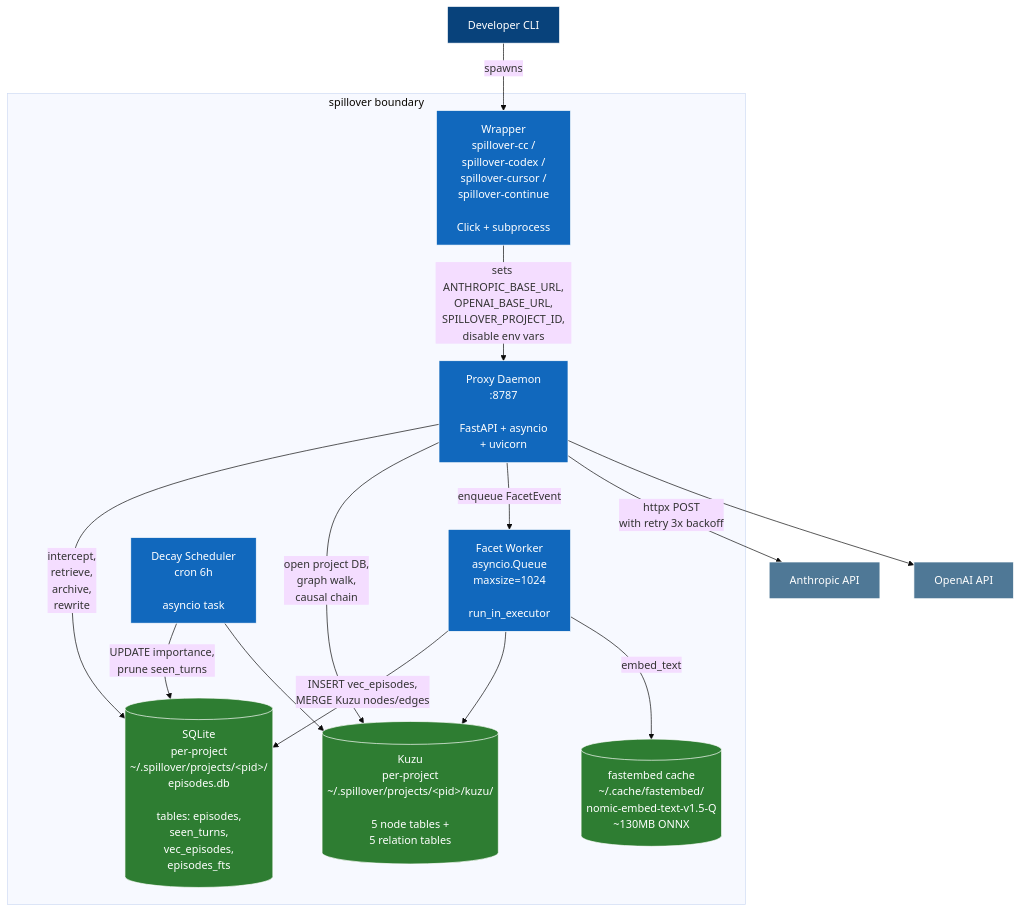
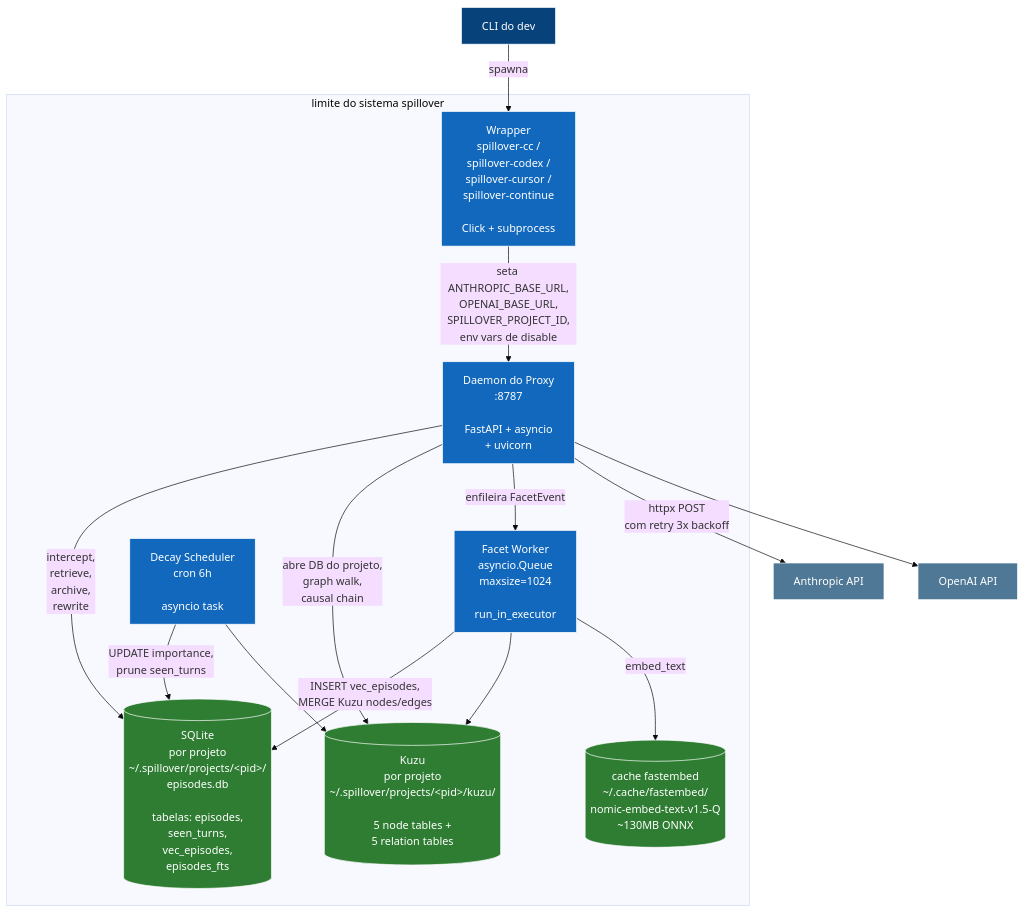
The diagram in docs/architecture/02-container.md (Luizhcrs/spillover), drawn with Mermaid (base theme) before and after one commit. The commit also changed other lines of this file and 12 other files, not shown here.

Commit message:
docs(architecture): traduzir 13 docs pra PT-BR

````diff
--- a/docs/architecture/02-container.md
+++ b/docs/architecture/02-container.md
@@ -5,38 +5,38 @@
 ```mermaid
 graph TB
     classDef external fill:#4f7896,stroke:#fff,color:#fff
     classDef container fill:#1168bd,stroke:#fff,color:#fff
     classDef store fill:#2e7d32,stroke:#fff,color:#fff
     classDef person fill:#08427b,stroke:#fff,color:#fff
 
-    user[Developer CLI]:::person
+    user[CLI do dev]:::person
 
-    subgraph spillover_system["spillover boundary"]
+    subgraph spillover_system["limite do sistema spillover"]
         wrapper["Wrapper<br/>spillover-cc /<br/>spillover-codex /<br/>spillover-cursor /<br/>spillover-continue<br/><br/>Click + subprocess"]:::container
-        proxy["Proxy Daemon<br/>:8787<br/><br/>FastAPI + asyncio<br/>+ uvicorn"]:::container
+        proxy["Daemon do Proxy<br/>:8787<br/><br/>FastAPI + asyncio<br/>+ uvicorn"]:::container
         worker["Facet Worker<br/>asyncio.Queue<br/>maxsize=1024<br/><br/>run_in_executor"]:::container
         decay["Decay Scheduler<br/>cron 6h<br/><br/>asyncio task"]:::container
 
-        sqlite[("SQLite<br/>per-project<br/>~/.spillover/projects/&lt;pid&gt;/<br/>episodes.db<br/><br/>tables: episodes,<br/>seen_turns,<br/>vec_episodes,<br/>episodes_fts")]:::store
-        kuzu[("Kuzu<br/>per-project<br/>~/.spillover/projects/&lt;pid&gt;/kuzu/<br/><br/>5 node tables +<br/>5 relation tables")]:::store
-        fastembed[("fastembed cache<br/>~/.cache/fastembed/<br/>nomic-embed-text-v1.5-Q<br/>~130MB ONNX")]:::store
+        sqlite[("SQLite<br/>por projeto<br/>~/.spillover/projects/&lt;pid&gt;/<br/>episodes.db<br/><br/>tabelas: episodes,<br/>seen_turns,<br/>vec_episodes,<br/>episodes_fts")]:::store
+        kuzu[("Kuzu<br/>por projeto<br/>~/.spillover/projects/&lt;pid&gt;/kuzu/<br/><br/>5 node tables +<br/>5 relation tables")]:::store
+        fastembed[("cache fastembed<br/>~/.cache/fastembed/<br/>nomic-embed-text-v1.5-Q<br/>~130MB ONNX")]:::store
     end
 
     anthropic[Anthropic API]:::external
     openai[OpenAI API]:::external
 
-    user -->|spawns| wrapper
-    wrapper -->|"sets ANTHROPIC_BASE_URL,<br/>OPENAI_BASE_URL,<br/>SPILLOVER_PROJECT_ID,<br/>disable env vars"| proxy
+    user -->|spawna| wrapper
+    wrapper -->|"seta ANTHROPIC_BASE_URL,<br/>OPENAI_BASE_URL,<br/>SPILLOVER_PROJECT_ID,<br/>env vars de disable"| proxy
 
     proxy -->|"intercept,<br/>retrieve,<br/>archive,<br/>rewrite"| sqlite
-    proxy -->|"open project DB,<br/>graph walk,<br/>causal chain"| kuzu
-    proxy -->|"enqueue FacetEvent"| worker
+    proxy -->|"abre DB do projeto,<br/>graph walk,<br/>causal chain"| kuzu
+    proxy -->|"enfileira FacetEvent"| worker
     worker -->|"INSERT vec_episodes,<br/>MERGE Kuzu nodes/edges"| sqlite
     worker --> kuzu
     worker -->|"embed_text"| fastembed
     decay -->|"UPDATE importance,<br/>prune seen_turns"| sqlite
     decay --> kuzu
 
-    proxy -->|"httpx POST<br/>with retry 3x backoff"| anthropic
+    proxy -->|"httpx POST<br/>com retry 3x backoff"| anthropic
     proxy --> openai
 ```
````
